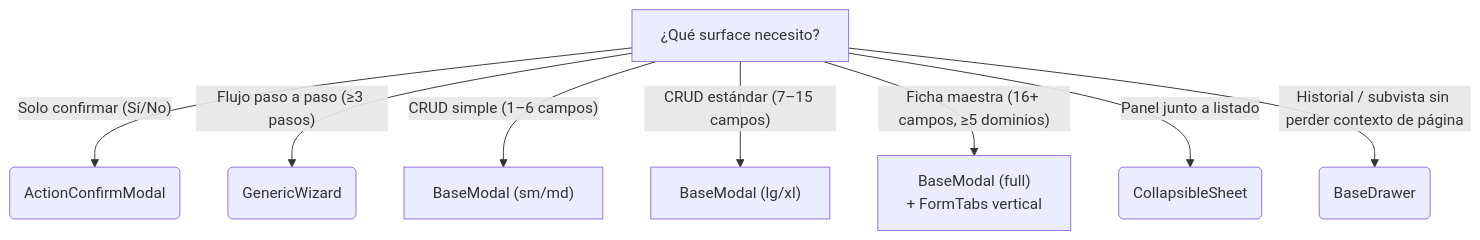
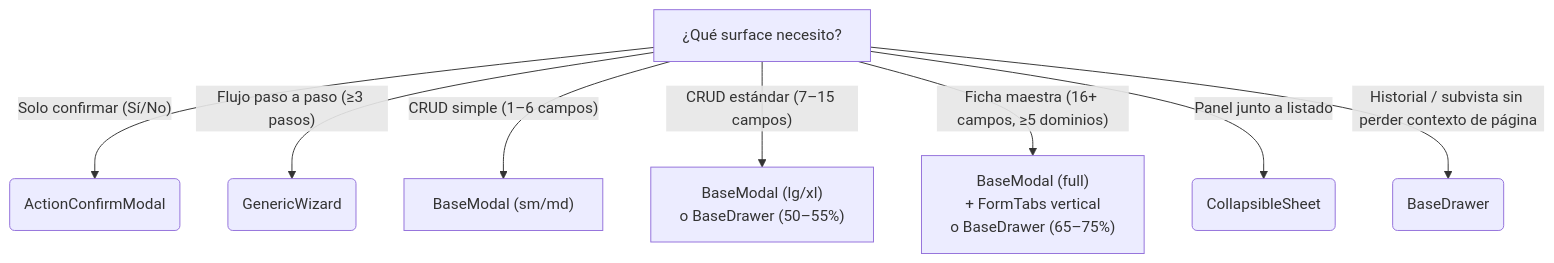
The sixth of 6 diagrams in docs/20-contracts/component-decision-tree.md (Patricoaa/ERPGrafico), drawn with Mermaid before and after one commit. The commit also changed other lines of this file and 89 other files, not shown here.

````diff
--- a/docs/20-contracts/component-decision-tree.md
+++ b/docs/20-contracts/component-decision-tree.md
@@ -122,11 +122,11 @@
 ```mermaid
 graph TD
     A["¿Qué surface necesito?"]
     A -->|"Solo confirmar (Sí/No)"| B(ActionConfirmModal)
     A -->|"Flujo paso a paso (≥3 pasos)"| C(GenericWizard)
     A -->|"CRUD simple (1–6 campos)"| D["BaseModal (sm/md)"]
-    A -->|"CRUD estándar (7–15 campos)"| E["BaseModal (lg/xl)"]
-    A -->|"Ficha maestra (16+ campos, ≥5 dominios)"| F["BaseModal (full)<br/>+ FormTabs vertical"]
+    A -->|"CRUD estándar (7–15 campos)"| E["BaseModal (lg/xl)<br/>o BaseDrawer (50–55%)"]
+    A -->|"Ficha maestra (16+ campos, ≥5 dominios)"| F["BaseModal (full)<br/>+ FormTabs vertical<br/>o BaseDrawer (65–75%)"]
     A -->|"Panel junto a listado"| G(CollapsibleSheet)
     A -->|"Historial / subvista sin perder contexto de página"| H(BaseDrawer)
 ```
````
